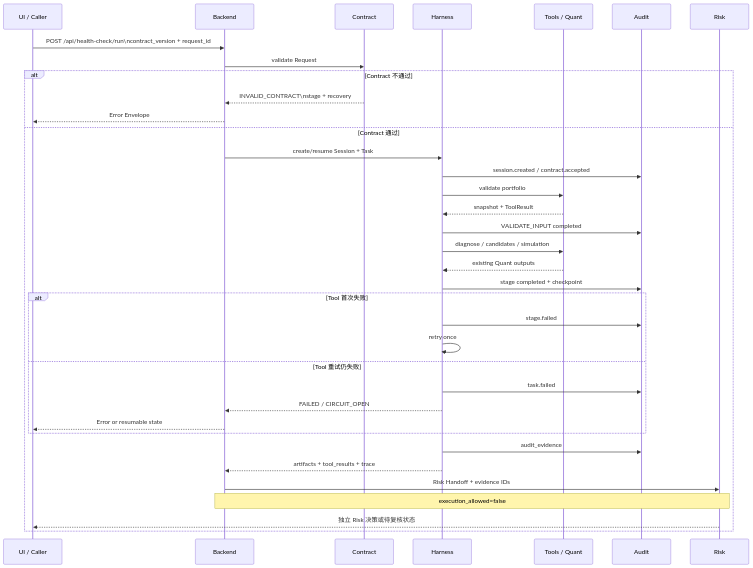
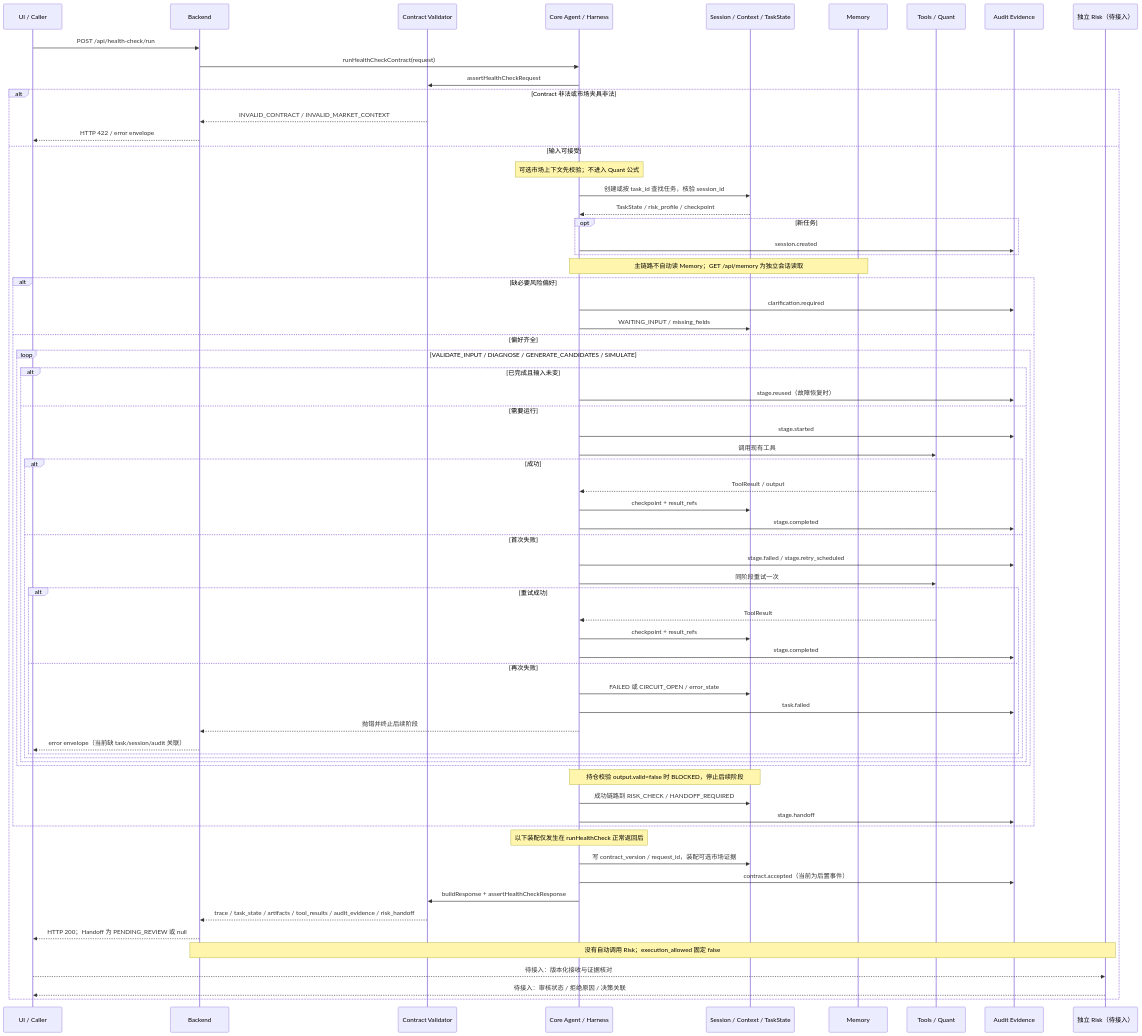
One commit to realchenchenluo/agent changed the diagram in chenchen/docs/core-agent-sequence.md. Above: the diagram before and after it, drawn with Mermaid. The commit also changed other lines of this file and 4 other files, not shown here.

Commit message:
Document Core Agent integration boundaries and daily verification

```diff
--- a/chenchen/docs/core-agent-sequence.md
+++ b/chenchen/docs/core-agent-sequence.md
@@ -3,39 +5,70 @@
 ~~~mermaid
 sequenceDiagram
     participant UI as UI / Caller
     participant API as Backend
-    participant C as Contract
-    participant H as Harness
+    participant C as Contract Validator
+    participant H as Core Agent / Harness
+    participant S as Session / Context / TaskState
+    participant M as Memory
     participant Q as Tools / Quant
-    participant AU as Audit
-    participant R as Risk
-
-    UI->>API: POST /api/health-check/run\ncontract_version + request_id
-    API->>C: validate Request
-    alt Contract 不通过
-        C-->>API: INVALID_CONTRACT\nstage + recovery
-        API-->>UI: Error Envelope
-    else Contract 通过
-        API->>H: create/resume Session + Task
-        H->>AU: session.created / contract.accepted
-        H->>Q: validate portfolio
-        Q-->>H: snapshot + ToolResult
-        H->>AU: VALIDATE_INPUT completed
-        H->>Q: diagnose / candidates / simulation
-        Q-->>H: existing Quant outputs
-        H->>AU: stage completed + checkpoint
-        alt Tool 首次失败
-            H->>AU: stage.failed
-            H->>H: retry once
-        else Tool 重试仍失败
-            H->>AU: task.failed
-            H-->>API: FAILED / CIRCUIT_OPEN
-            API-->>UI: Error or resumable state
+    participant AU as Audit Evidence
+    participant R as 独立 Risk（待接入）
+    UI->>API: POST /api/health-check/run
+    API->>H: runHealthCheckContract(request)
+    H->>C: assertHealthCheckRequest
+    alt Contract 非法或市场夹具非法
+        C-->>API: INVALID_CONTRACT / INVALID_MARKET_CONTEXT
+        API-->>UI: HTTP 422 / error envelope
+    else 输入可接受
+        Note over H: 可选市场上下文先校验；不进入 Quant 公式
+        H->>S: 创建或按 task_id 查找任务，核验 session_id
+        S-->>H: TaskState / risk_profile / checkpoint
+        opt 新任务
+            H->>AU: session.created
         end
-        H->>AU: audit_evidence
-        H-->>API: artifacts + tool_results + trace
-        API->>R: Risk Handoff + evidence IDs
-        Note over API,R: execution_allowed=false
-        R-->>UI: 独立 Risk 决策或待复核状态
+        Note over H,M: 主链路不自动读 Memory；GET /api/memory 为独立会话读取
+        alt 缺必要风险偏好
+            H->>AU: clarification.required
+            H->>S: WAITING_INPUT / missing_fields
+        else 偏好齐全
+            loop VALIDATE_INPUT / DIAGNOSE / GENERATE_CANDIDATES / SIMULATE
+                alt 已完成且输入未变
+                    H->>AU: stage.reused（故障恢复时）
+                else 需要运行
+                    H->>AU: stage.started
+                    H->>Q: 调用现有工具
+                    alt 成功
+                        Q-->>H: ToolResult / output
+                        H->>S: checkpoint + result_refs
+                        H->>AU: stage.completed
+                    else 首次失败
+                        H->>AU: stage.failed / stage.retry_scheduled
+                        H->>Q: 同阶段重试一次
+                        alt 重试成功
+                            Q-->>H: ToolResult
+                            H->>S: checkpoint + result_refs
+                            H->>AU: stage.completed
+                        else 再次失败
+                            H->>S: FAILED 或 CIRCUIT_OPEN / error_state
+                            H->>AU: task.failed
+                            H-->>API: 抛错并终止后续阶段
+                            API-->>UI: error envelope（当前缺 task/session/audit 关联）
+                        end
+                    end
+                end
+            end
+            Note over H,S: 持仓校验 output.valid=false 时 BLOCKED，停止后续阶段
+            H->>S: 成功链路到 RISK_CHECK / HANDOFF_REQUIRED
+            H->>AU: stage.handoff
+        end
+        Note over H: 以下装配仅发生在 runHealthCheck 正常返回后
+        H->>S: 写 contract_version / request_id，装配可选市场证据
+        H->>AU: contract.accepted（当前为后置事件）
+        H->>C: buildResponse + assertHealthCheckResponse
+        C-->>API: trace / task_state / artifacts / tool_results / audit_evidence / risk_handoff
+        API-->>UI: HTTP 200；Handoff 为 PENDING_REVIEW 或 null
+        Note over API,R: 没有自动调用 Risk；execution_allowed 固定 false
+        UI-->>R: 待接入：版本化接收与证据核对
+        R-->>UI: 待接入：审核状态 / 拒绝原因 / 决策关联
     end
 ~~~
```
